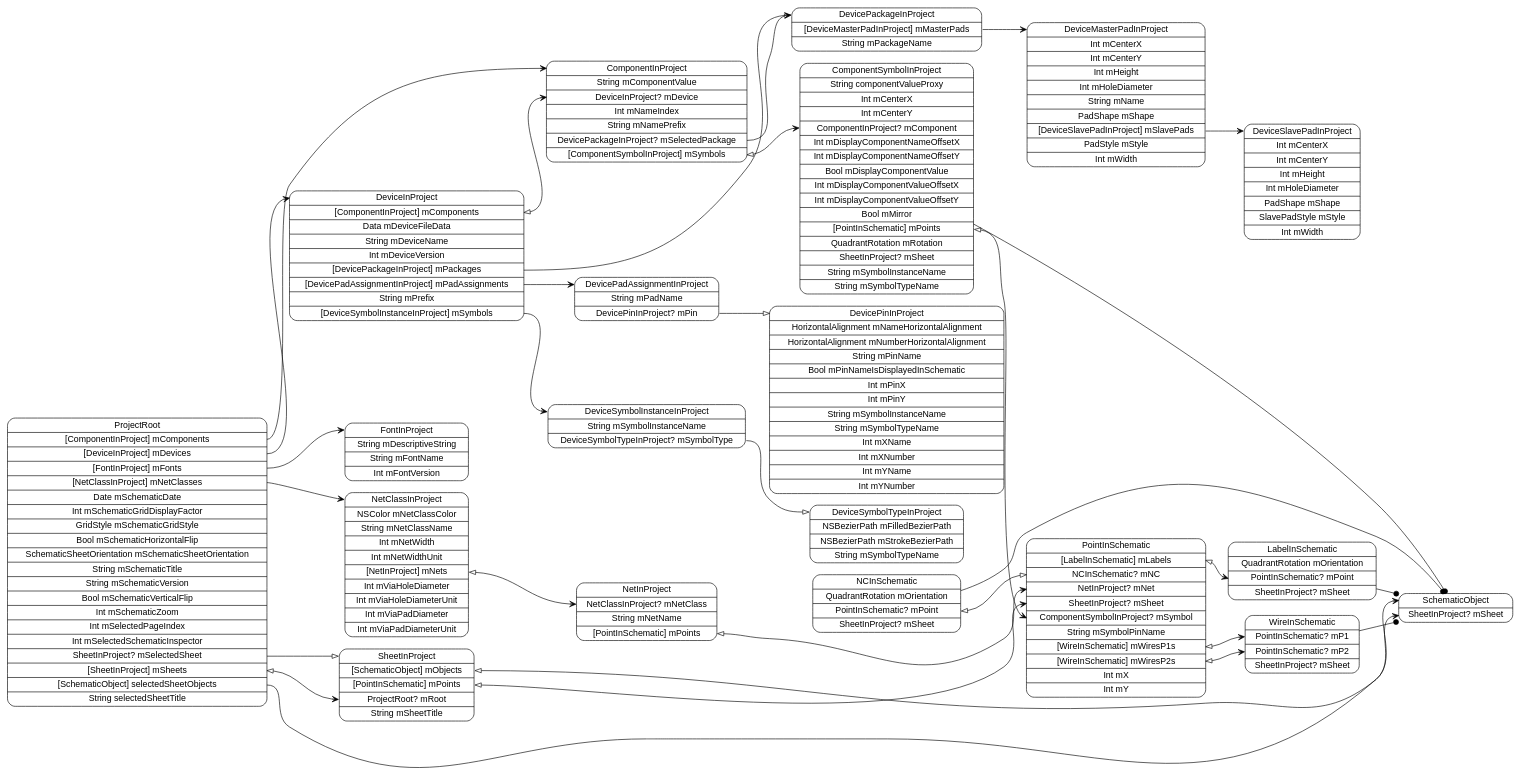
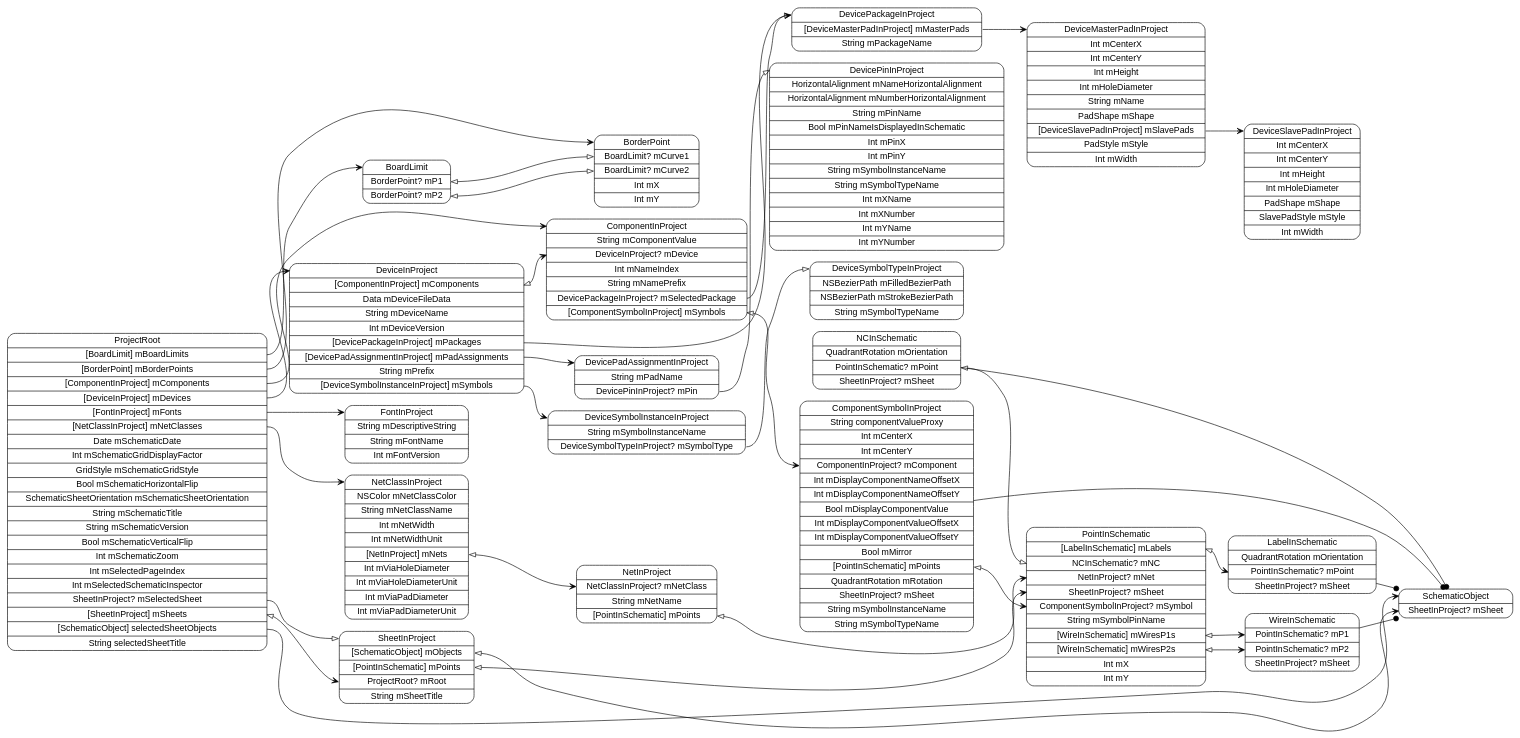
One commit to pierremolinaro/ElCanari-dev changed the diagram in models/ProjectRoot.dot. Above: the diagram before and after it, drawn with Graphviz. The commit also changed 117 other files, not shown here.

Commit message:
Début board limits

```diff
--- a/models/ProjectRoot.dot
+++ b/models/ProjectRoot.dot
@@ -1,54 +1,60 @@
 digraph G {
   rankdir=LR ;
   node [shape=record fontname=helvetica style=rounded] ;
-  ProjectRoot[label="<ProjectRoot>ProjectRoot|<mComponents>[ComponentInProject] mComponents|<mDevices>[DeviceInProject] mDevices|<mFonts>[FontInProject] mFonts|<mNetClasses>[NetClassInProject] mNetClasses|Date mSchematicDate|Int mSchematicGridDisplayFactor|GridStyle mSchematicGridStyle|Bool mSchematicHorizontalFlip|SchematicSheetOrientation mSchematicSheetOrientation|String mSchematicTitle|String mSchematicVersion|Bool mSchematicVerticalFlip|Int mSchematicZoom|Int mSelectedPageIndex|Int mSelectedSchematicInspector|<mSelectedSheet>SheetInProject? mSelectedSheet|<mSheets>[SheetInProject] mSheets|<selectedSheetObjects>[SchematicObject] selectedSheetObjects|String selectedSheetTitle"] ;
+  ProjectRoot[label="<ProjectRoot>ProjectRoot|<mBoardLimits>[BoardLimit] mBoardLimits|<mBorderPoints>[BorderPoint] mBorderPoints|<mComponents>[ComponentInProject] mComponents|<mDevices>[DeviceInProject] mDevices|<mFonts>[FontInProject] mFonts|<mNetClasses>[NetClassInProject] mNetClasses|Date mSchematicDate|Int mSchematicGridDisplayFactor|GridStyle mSchematicGridStyle|Bool mSchematicHorizontalFlip|SchematicSheetOrientation mSchematicSheetOrientation|String mSchematicTitle|String mSchematicVersion|Bool mSchematicVerticalFlip|Int mSchematicZoom|Int mSelectedPageIndex|Int mSelectedSchematicInspector|<mSelectedSheet>SheetInProject? mSelectedSheet|<mSheets>[SheetInProject] mSheets|<selectedSheetObjects>[SchematicObject] selectedSheetObjects|String selectedSheetTitle"] ;
   SchematicObject[label="<SchematicObject>SchematicObject|<mSheet>SheetInProject? mSheet"] ;
   SheetInProject[label="<SheetInProject>SheetInProject|<mObjects>[SchematicObject] mObjects|<mPoints>[PointInSchematic] mPoints|<mRoot>ProjectRoot? mRoot|String mSheetTitle"] ;
   PointInSchematic[label="<PointInSchematic>PointInSchematic|<mLabels>[LabelInSchematic] mLabels|<mNC>NCInSchematic? mNC|<mNet>NetInProject? mNet|<mSheet>SheetInProject? mSheet|<mSymbol>ComponentSymbolInProject? mSymbol|String mSymbolPinName|<mWiresP1s>[WireInSchematic] mWiresP1s|<mWiresP2s>[WireInSchematic] mWiresP2s|Int mX|Int mY"] ;
   WireInSchematic[label="<WireInSchematic>WireInSchematic|<mP1>PointInSchematic? mP1|<mP2>PointInSchematic? mP2|<mSheet>SheetInProject? mSheet"] ;
   NCInSchematic[label="<NCInSchematic>NCInSchematic|QuadrantRotation mOrientation|<mPoint>PointInSchematic? mPoint|<mSheet>SheetInProject? mSheet"] ;
   LabelInSchematic[label="<LabelInSchematic>LabelInSchematic|QuadrantRotation mOrientation|<mPoint>PointInSchematic? mPoint|<mSheet>SheetInProject? mSheet"] ;
   NetClassInProject[label="<NetClassInProject>NetClassInProject|NSColor mNetClassColor|String mNetClassName|Int mNetWidth|Int mNetWidthUnit|<mNets>[NetInProject] mNets|Int mViaHoleDiameter|Int mViaHoleDiameterUnit|Int mViaPadDiameter|Int mViaPadDiameterUnit"] ;
   NetInProject[label="<NetInProject>NetInProject|<mNetClass>NetClassInProject? mNetClass|String mNetName|<mPoints>[PointInSchematic] mPoints"] ;
   FontInProject[label="<FontInProject>FontInProject|String mDescriptiveString|String mFontName|Int mFontVersion"] ;
   DeviceInProject[label="<DeviceInProject>DeviceInProject|<mComponents>[ComponentInProject] mComponents|Data mDeviceFileData|String mDeviceName|Int mDeviceVersion|<mPackages>[DevicePackageInProject] mPackages|<mPadAssignments>[DevicePadAssignmentInProject] mPadAssignments|String mPrefix|<mSymbols>[DeviceSymbolInstanceInProject] mSymbols"] ;
   DeviceSymbolInstanceInProject[label="<DeviceSymbolInstanceInProject>DeviceSymbolInstanceInProject|String mSymbolInstanceName|<mSymbolType>DeviceSymbolTypeInProject? mSymbolType"] ;
   DeviceSymbolTypeInProject[label="<DeviceSymbolTypeInProject>DeviceSymbolTypeInProject|NSBezierPath mFilledBezierPath|NSBezierPath mStrokeBezierPath|String mSymbolTypeName"] ;
   DevicePadAssignmentInProject[label="<DevicePadAssignmentInProject>DevicePadAssignmentInProject|String mPadName|<mPin>DevicePinInProject? mPin"] ;
   DevicePinInProject[label="<DevicePinInProject>DevicePinInProject|HorizontalAlignment mNameHorizontalAlignment|HorizontalAlignment mNumberHorizontalAlignment|String mPinName|Bool mPinNameIsDisplayedInSchematic|Int mPinX|Int mPinY|String mSymbolInstanceName|String mSymbolTypeName|Int mXName|Int mXNumber|Int mYName|Int mYNumber"] ;
   DevicePackageInProject[label="<DevicePackageInProject>DevicePackageInProject|<mMasterPads>[DeviceMasterPadInProject] mMasterPads|String mPackageName"] ;
   DeviceMasterPadInProject[label="<DeviceMasterPadInProject>DeviceMasterPadInProject|Int mCenterX|Int mCenterY|Int mHeight|Int mHoleDiameter|String mName|PadShape mShape|<mSlavePads>[DeviceSlavePadInProject] mSlavePads|PadStyle mStyle|Int mWidth"] ;
   DeviceSlavePadInProject[label="<DeviceSlavePadInProject>DeviceSlavePadInProject|Int mCenterX|Int mCenterY|Int mHeight|Int mHoleDiameter|PadShape mShape|SlavePadStyle mStyle|Int mWidth"] ;
   ComponentInProject[label="<ComponentInProject>ComponentInProject|String mComponentValue|<mDevice>DeviceInProject? mDevice|Int mNameIndex|String mNamePrefix|<mSelectedPackage>DevicePackageInProject? mSelectedPackage|<mSymbols>[ComponentSymbolInProject] mSymbols"] ;
   ComponentSymbolInProject[label="<ComponentSymbolInProject>ComponentSymbolInProject|String componentValueProxy|Int mCenterX|Int mCenterY|<mComponent>ComponentInProject? mComponent|Int mDisplayComponentNameOffsetX|Int mDisplayComponentNameOffsetY|Bool mDisplayComponentValue|Int mDisplayComponentValueOffsetX|Int mDisplayComponentValueOffsetY|Bool mMirror|<mPoints>[PointInSchematic] mPoints|QuadrantRotation mRotation|<mSheet>SheetInProject? mSheet|String mSymbolInstanceName|String mSymbolTypeName"] ;
+  BorderPoint[label="<BorderPoint>BorderPoint|<mCurve1>BoardLimit? mCurve1|<mCurve2>BoardLimit? mCurve2|Int mX|Int mY"] ;
+  BoardLimit[label="<BoardLimit>BoardLimit|<mP1>BorderPoint? mP1|<mP2>BorderPoint? mP2"] ;
+  ProjectRoot:mBoardLimits -> BoardLimit:BoardLimit [dir=both arrowtail=none arrowhead=vee] ;
+  ProjectRoot:mBorderPoints -> BorderPoint:BorderPoint [dir=both arrowtail=none arrowhead=vee] ;
   ProjectRoot:mComponents -> ComponentInProject:ComponentInProject [dir=both arrowtail=none arrowhead=vee] ;
   ProjectRoot:mDevices -> DeviceInProject:DeviceInProject [dir=both arrowtail=none arrowhead=vee] ;
   ProjectRoot:mFonts -> FontInProject:FontInProject [dir=both arrowtail=none arrowhead=vee] ;
   ProjectRoot:mNetClasses -> NetClassInProject:NetClassInProject [dir=both arrowtail=none arrowhead=vee] ;
   ProjectRoot:mSelectedSheet -> SheetInProject:SheetInProject [dir=both arrowtail=none arrowhead=onormal] ;
   ProjectRoot:mSheets -> SheetInProject:mRoot [dir=both arrowtail=onormal arrowhead=vee] ;
   ProjectRoot:selectedSheetObjects -> SchematicObject:SchematicObject [dir=both arrowtail=none arrowhead=vee] ;
   SheetInProject:mObjects -> SchematicObject:mSheet [dir=both arrowtail=onormal arrowhead=vee] ;
   SheetInProject:mPoints -> PointInSchematic:mSheet [dir=both arrowtail=onormal arrowhead=vee] ;
   PointInSchematic:mLabels -> LabelInSchematic:mPoint [dir=both arrowtail=onormal arrowhead=vee] ;
   PointInSchematic:mWiresP1s -> WireInSchematic:mP1 [dir=both arrowtail=onormal arrowhead=vee] ;
   PointInSchematic:mWiresP2s -> WireInSchematic:mP2 [dir=both arrowtail=onormal arrowhead=vee] ;
   WireInSchematic -> SchematicObject [arrowhead=dot] ;
   NCInSchematic -> SchematicObject [arrowhead=dot] ;
   NCInSchematic:mPoint -> PointInSchematic:mNC [dir=both arrowtail=onormal arrowhead=onormal] ;
   LabelInSchematic -> SchematicObject [arrowhead=dot] ;
   NetClassInProject:mNets -> NetInProject:mNetClass [dir=both arrowtail=onormal arrowhead=vee] ;
   NetInProject:mPoints -> PointInSchematic:mNet [dir=both arrowtail=onormal arrowhead=vee] ;
   DeviceInProject:mComponents -> ComponentInProject:mDevice [dir=both arrowtail=onormal arrowhead=vee] ;
   DeviceInProject:mPackages -> DevicePackageInProject:DevicePackageInProject [dir=both arrowtail=none arrowhead=vee] ;
   DeviceInProject:mPadAssignments -> DevicePadAssignmentInProject:DevicePadAssignmentInProject [dir=both arrowtail=none arrowhead=vee] ;
   DeviceInProject:mSymbols -> DeviceSymbolInstanceInProject:DeviceSymbolInstanceInProject [dir=both arrowtail=none arrowhead=vee] ;
   DeviceSymbolInstanceInProject:mSymbolType -> DeviceSymbolTypeInProject:DeviceSymbolTypeInProject [dir=both arrowtail=none arrowhead=onormal] ;
   DevicePadAssignmentInProject:mPin -> DevicePinInProject:DevicePinInProject [dir=both arrowtail=none arrowhead=onormal] ;
   DevicePackageInProject:mMasterPads -> DeviceMasterPadInProject:DeviceMasterPadInProject [dir=both arrowtail=none arrowhead=vee] ;
   DeviceMasterPadInProject:mSlavePads -> DeviceSlavePadInProject:DeviceSlavePadInProject [dir=both arrowtail=none arrowhead=vee] ;
   ComponentInProject:mSelectedPackage -> DevicePackageInProject:DevicePackageInProject [dir=both arrowtail=none arrowhead=onormal] ;
   ComponentInProject:mSymbols -> ComponentSymbolInProject:mComponent [dir=both arrowtail=onormal arrowhead=vee] ;
   ComponentSymbolInProject -> SchematicObject [arrowhead=dot] ;
   ComponentSymbolInProject:mPoints -> PointInSchematic:mSymbol [dir=both arrowtail=onormal arrowhead=vee] ;
+  BoardLimit:mP1 -> BorderPoint:mCurve1 [dir=both arrowtail=onormal arrowhead=onormal] ;
+  BoardLimit:mP2 -> BorderPoint:mCurve2 [dir=both arrowtail=onormal arrowhead=onormal] ;
 }
```
